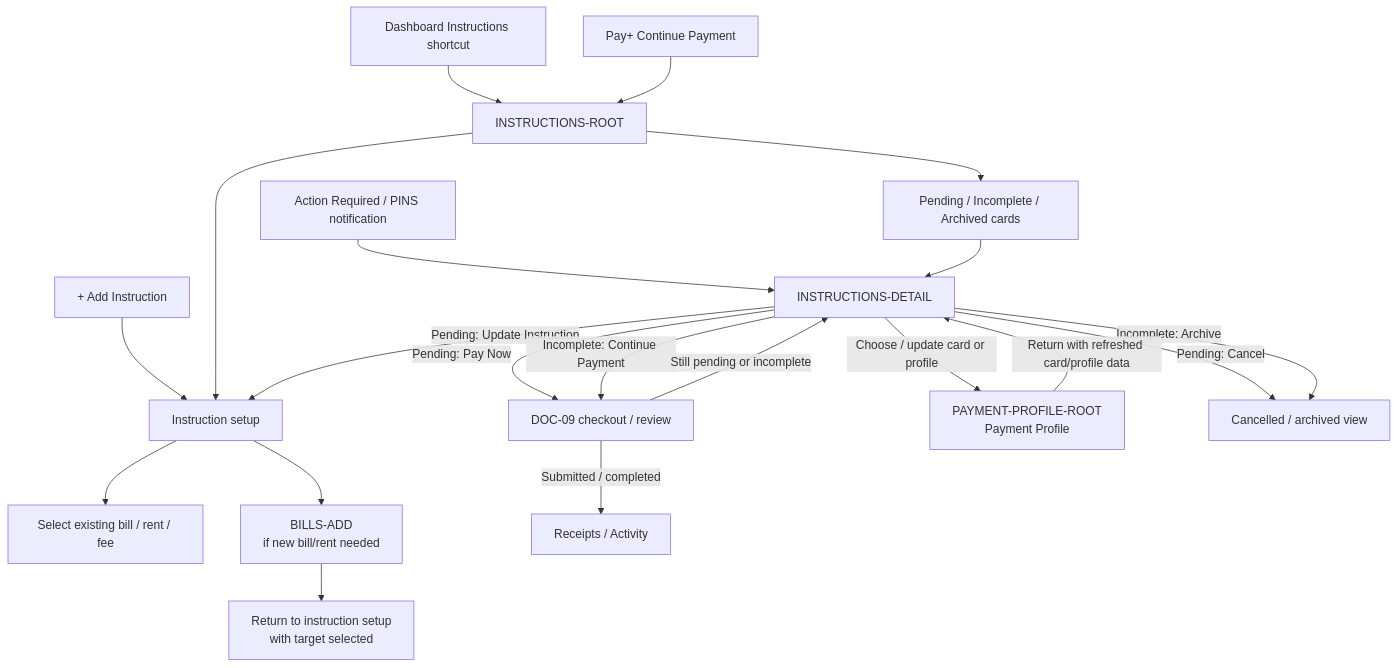
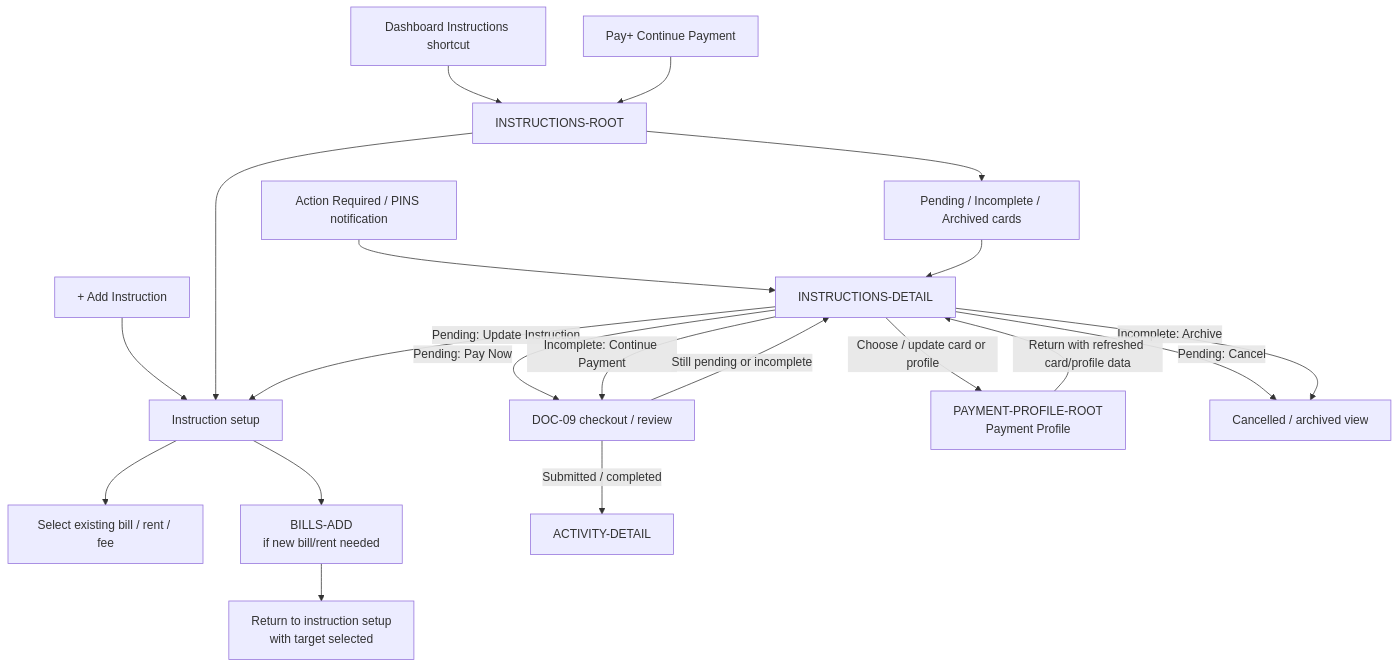
Before and after one commit to adminpayplus/payplus-docs: the fourth of 6 diagrams in docs/diagrams/payplus-app-route-entry-map.md, drawn with Mermaid. The commit also changed other lines of this file and 5 other files, not shown here.

Commit message:
Define activity and receipts routes

````diff
--- a/docs/diagrams/payplus-app-route-entry-map.md
+++ b/docs/diagrams/payplus-app-route-entry-map.md
@@ -108,27 +110,27 @@
 ```mermaid
 flowchart TD
   ENTRY1["Dashboard Instructions shortcut"] --> IROOT["INSTRUCTIONS-ROOT"]
   ENTRY2["Pay+ Continue Payment"] --> IROOT
   ENTRY3["Action Required / PINS notification"] --> IDETAIL["INSTRUCTIONS-DETAIL"]
   ENTRY4["+ Add Instruction"] --> ISETUP["Instruction setup"]
 
   IROOT --> ICARDS["Pending / Incomplete / Archived cards"]
   ICARDS --> IDETAIL
   IROOT --> ISETUP
 
   ISETUP --> BSELECT["Select existing bill / rent / fee"]
   ISETUP --> BADD["BILLS-ADD<br/>if new bill/rent needed"]
   BADD --> ISETUPRETURN["Return to instruction setup<br/>with target selected"]
 
   IDETAIL -->|"Pending: Pay Now"| CHECKOUT["DOC-09 checkout / review"]
   IDETAIL -->|"Pending: Update Instruction"| ISETUP
   IDETAIL -->|"Choose / update card or profile"| PPROOT["PAYMENT-PROFILE-ROOT<br/>Payment Profile"]
   IDETAIL -->|"Pending: Cancel"| IARCHIVE["Cancelled / archived view"]
   IDETAIL -->|"Incomplete: Continue Payment"| CHECKOUT
   IDETAIL -->|"Incomplete: Archive"| IARCHIVE
 
   PPROOT -->|"Return with refreshed card/profile data"| IDETAIL
 
-  CHECKOUT -->|"Submitted / completed"| ACTIVITY["Receipts / Activity"]
+  CHECKOUT -->|"Submitted / completed"| ACTIVITYDETAIL["ACTIVITY-DETAIL"]
   CHECKOUT -->|"Still pending or incomplete"| IDETAIL
 ```
````
